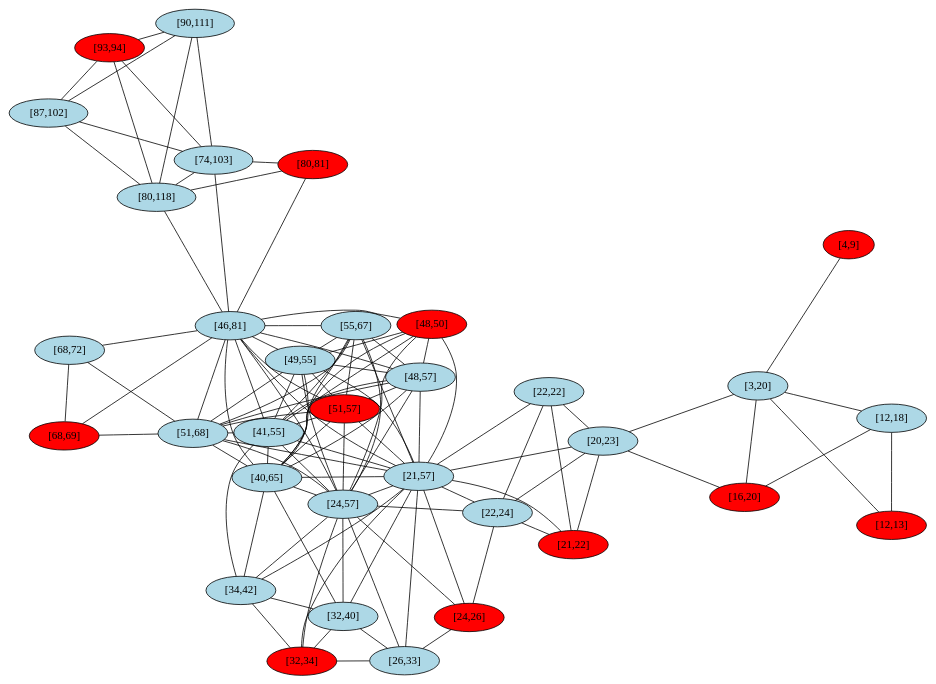
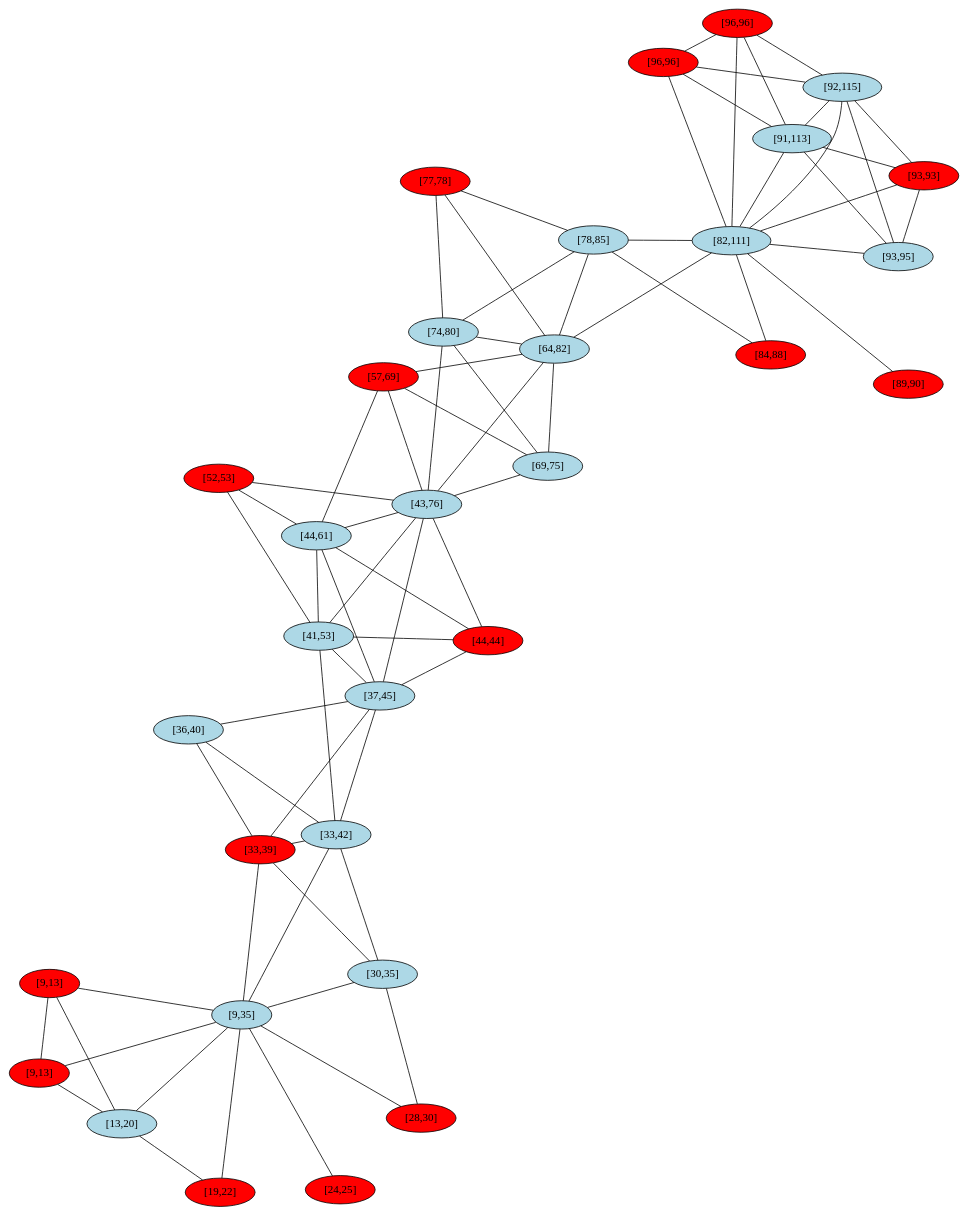
Before and after one commit to atotgerman/DUE_Fscharp: the diagram in intervallumgraf.dot, drawn with Graphviz. The commit also changed 2 other files, not shown here.

```diff
--- a/intervallumgraf.dot
+++ b/intervallumgraf.dot
@@ -1,149 +1,110 @@
 graph G {
   layout=neato;
   overlap=false;
   splines=true;
-  1 [label="[74,103]", style=filled, fillcolor=lightblue];
-  2 [label="[22,24]", style=filled, fillcolor=lightblue];
-  3 [label="[32,34]", style=filled, fillcolor=red];
-  4 [label="[51,68]", style=filled, fillcolor=lightblue];
-  5 [label="[20,23]", style=filled, fillcolor=lightblue];
-  6 [label="[90,111]", style=filled, fillcolor=lightblue];
-  7 [label="[21,22]", style=filled, fillcolor=red];
-  8 [label="[80,118]", style=filled, fillcolor=lightblue];
-  9 [label="[68,69]", style=filled, fillcolor=red];
-  10 [label="[16,20]", style=filled, fillcolor=red];
-  11 [label="[26,33]", style=filled, fillcolor=lightblue];
-  12 [label="[22,22]", style=filled, fillcolor=lightblue];
-  13 [label="[41,55]", style=filled, fillcolor=lightblue];
-  14 [label="[48,57]", style=filled, fillcolor=lightblue];
-  15 [label="[4,9]", style=filled, fillcolor=red];
-  16 [label="[40,65]", style=filled, fillcolor=lightblue];
-  17 [label="[3,20]", style=filled, fillcolor=lightblue];
-  18 [label="[55,67]", style=filled, fillcolor=lightblue];
-  19 [label="[49,55]", style=filled, fillcolor=lightblue];
-  20 [label="[34,42]", style=filled, fillcolor=lightblue];
-  21 [label="[93,94]", style=filled, fillcolor=red];
-  22 [label="[87,102]", style=filled, fillcolor=lightblue];
-  23 [label="[21,57]", style=filled, fillcolor=lightblue];
-  24 [label="[48,50]", style=filled, fillcolor=red];
-  25 [label="[80,81]", style=filled, fillcolor=red];
-  26 [label="[12,13]", style=filled, fillcolor=red];
-  27 [label="[46,81]", style=filled, fillcolor=lightblue];
-  28 [label="[24,57]", style=filled, fillcolor=lightblue];
-  29 [label="[24,26]", style=filled, fillcolor=red];
-  30 [label="[51,57]", style=filled, fillcolor=red];
-  31 [label="[12,18]", style=filled, fillcolor=lightblue];
-  32 [label="[32,40]", style=filled, fillcolor=lightblue];
-  33 [label="[68,72]", style=filled, fillcolor=lightblue];
-  1 -- 6;
-  1 -- 8;
+  1 [label="[33,39]", style=filled, fillcolor=red];
+  2 [label="[93,93]", style=filled, fillcolor=red];
+  3 [label="[84,88]", style=filled, fillcolor=red];
+  4 [label="[52,53]", style=filled, fillcolor=red];
+  5 [label="[19,22]", style=filled, fillcolor=red];
+  6 [label="[69,75]", style=filled, fillcolor=lightblue];
+  7 [label="[41,53]", style=filled, fillcolor=lightblue];
+  8 [label="[64,82]", style=filled, fillcolor=lightblue];
+  9 [label="[9,13]", style=filled, fillcolor=red];
+  10 [label="[30,35]", style=filled, fillcolor=lightblue];
+  11 [label="[44,44]", style=filled, fillcolor=red];
+  12 [label="[43,76]", style=filled, fillcolor=lightblue];
+  13 [label="[9,35]", style=filled, fillcolor=lightblue];
+  14 [label="[28,30]", style=filled, fillcolor=red];
+  15 [label="[9,13]", style=filled, fillcolor=red];
+  16 [label="[91,113]", style=filled, fillcolor=lightblue];
+  17 [label="[89,90]", style=filled, fillcolor=red];
+  18 [label="[57,69]", style=filled, fillcolor=red];
+  19 [label="[82,111]", style=filled, fillcolor=lightblue];
+  20 [label="[37,45]", style=filled, fillcolor=lightblue];
+  21 [label="[36,40]", style=filled, fillcolor=lightblue];
+  22 [label="[13,20]", style=filled, fillcolor=lightblue];
+  23 [label="[74,80]", style=filled, fillcolor=lightblue];
+  24 [label="[44,61]", style=filled, fillcolor=lightblue];
+  25 [label="[96,96]", style=filled, fillcolor=red];
+  26 [label="[24,25]", style=filled, fillcolor=red];
+  27 [label="[77,78]", style=filled, fillcolor=red];
+  28 [label="[96,96]", style=filled, fillcolor=red];
+  29 [label="[33,42]", style=filled, fillcolor=lightblue];
+  30 [label="[93,95]", style=filled, fillcolor=lightblue];
+  31 [label="[92,115]", style=filled, fillcolor=lightblue];
+  32 [label="[78,85]", style=filled, fillcolor=lightblue];
+  1 -- 10;
+  1 -- 13;
+  1 -- 20;
   1 -- 21;
-  1 -- 22;
-  1 -- 25;
-  1 -- 27;
-  2 -- 5;
-  2 -- 7;
-  2 -- 12;
-  2 -- 23;
-  2 -- 28;
-  2 -- 29;
-  3 -- 11;
-  3 -- 20;
-  3 -- 23;
-  3 -- 28;
+  1 -- 29;
+  2 -- 16;
+  2 -- 19;
+  2 -- 30;
+  2 -- 31;
+  3 -- 19;
   3 -- 32;
-  4 -- 9;
-  4 -- 13;
-  4 -- 14;
-  4 -- 16;
-  4 -- 18;
-  4 -- 19;
-  4 -- 23;
-  4 -- 27;
-  4 -- 28;
-  4 -- 30;
-  4 -- 33;
-  5 -- 7;
-  5 -- 10;
-  5 -- 12;
-  5 -- 17;
-  5 -- 23;
+  4 -- 7;
+  4 -- 12;
+  4 -- 24;
+  5 -- 13;
+  5 -- 22;
   6 -- 8;
-  6 -- 21;
-  6 -- 22;
+  6 -- 12;
+  6 -- 18;
+  6 -- 23;
+  7 -- 11;
   7 -- 12;
-  7 -- 23;
-  8 -- 21;
-  8 -- 22;
-  8 -- 25;
+  7 -- 20;
+  7 -- 24;
+  7 -- 29;
+  8 -- 12;
+  8 -- 18;
+  8 -- 19;
+  8 -- 23;
   8 -- 27;
-  9 -- 27;
-  9 -- 33;
-  10 -- 17;
-  10 -- 31;
-  11 -- 23;
-  11 -- 28;
-  11 -- 29;
-  11 -- 32;
+  8 -- 32;
+  9 -- 13;
+  9 -- 15;
+  9 -- 22;
+  10 -- 13;
+  10 -- 14;
+  10 -- 29;
+  11 -- 12;
+  11 -- 20;
+  11 -- 24;
+  12 -- 18;
+  12 -- 20;
   12 -- 23;
+  12 -- 24;
   13 -- 14;
-  13 -- 16;
-  13 -- 18;
-  13 -- 19;
-  13 -- 20;
-  13 -- 23;
-  13 -- 24;
-  13 -- 27;
-  13 -- 28;
-  13 -- 30;
-  14 -- 16;
-  14 -- 18;
-  14 -- 19;
-  14 -- 23;
-  14 -- 24;
-  14 -- 27;
-  14 -- 28;
-  14 -- 30;
-  15 -- 17;
-  16 -- 18;
+  13 -- 15;
+  13 -- 22;
+  13 -- 26;
+  13 -- 29;
+  15 -- 22;
   16 -- 19;
-  16 -- 20;
-  16 -- 23;
-  16 -- 24;
-  16 -- 27;
+  16 -- 25;
   16 -- 28;
   16 -- 30;
-  16 -- 32;
-  17 -- 26;
-  17 -- 31;
-  18 -- 19;
-  18 -- 23;
-  18 -- 27;
-  18 -- 28;
-  18 -- 30;
-  19 -- 23;
-  19 -- 24;
-  19 -- 27;
+  16 -- 31;
+  17 -- 19;
+  18 -- 24;
+  19 -- 25;
   19 -- 28;
   19 -- 30;
-  20 -- 23;
-  20 -- 28;
-  20 -- 32;
-  21 -- 22;
-  23 -- 24;
+  19 -- 31;
+  19 -- 32;
+  20 -- 21;
+  20 -- 24;
+  20 -- 29;
+  21 -- 29;
   23 -- 27;
-  23 -- 28;
-  23 -- 29;
-  23 -- 30;
   23 -- 32;
-  24 -- 27;
-  24 -- 28;
-  25 -- 27;
-  26 -- 31;
-  27 -- 28;
-  27 -- 30;
-  27 -- 33;
-  28 -- 29;
-  28 -- 30;
-  28 -- 32;
+  25 -- 28;
+  25 -- 31;
+  27 -- 32;
+  28 -- 31;
+  30 -- 31;
 }
```
